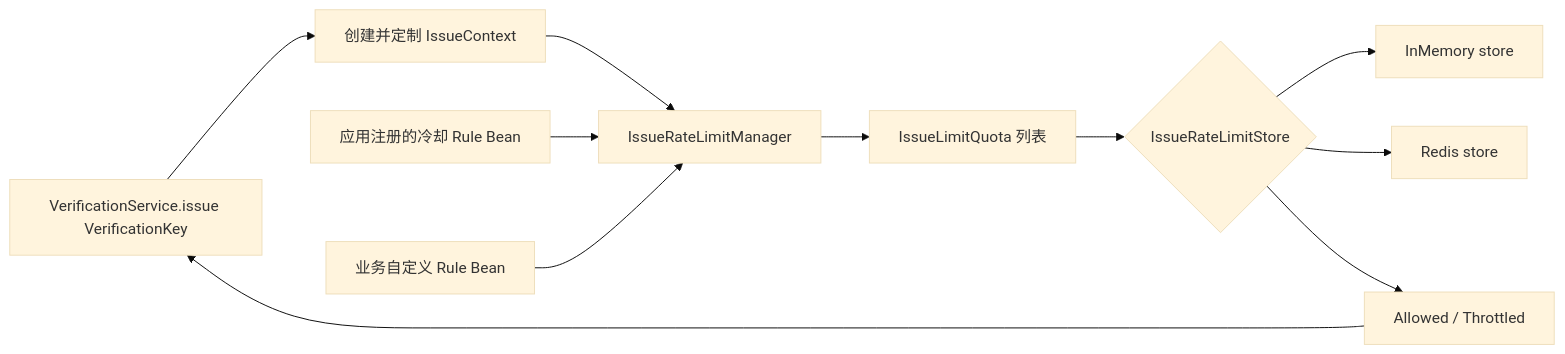
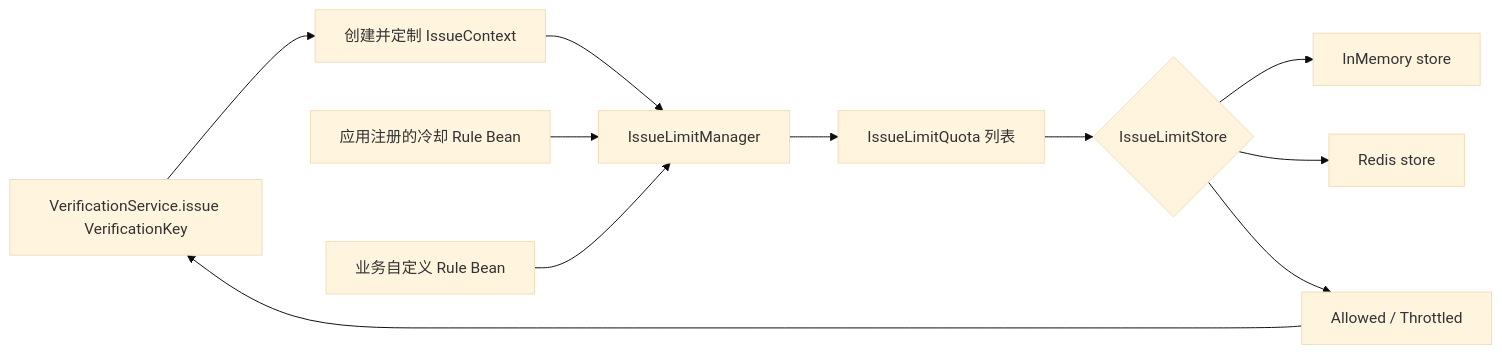
One commit to RingoTangs/ringo-boot changed the first of 2 diagrams in ringo-boot-verification/src/main/java/io/github/ringotangs/ringoboot/verification/limit/README.md. Above: the diagram before and after it, drawn with Mermaid (base theme). The commit also changed other lines of this file and 51 other files, not shown here.

````diff
--- a/ringo-boot-verification/src/main/java/io/github/ringotangs/ringoboot/verification/limit/README.md
+++ b/ringo-boot-verification/src/main/java/io/github/ringotangs/ringoboot/verification/limit/README.md
@@ -10,13 +10,13 @@
 ```mermaid
 flowchart LR
     A[VerificationService.issue VerificationKey] --> B[创建并定制 IssueContext]
-    B --> C[IssueRateLimitManager]
+    B --> C[IssueLimitManager]
     R1[应用注册的冷却 Rule Bean] --> C
     R2[业务自定义 Rule Bean] --> C
     C --> D[IssueLimitQuota 列表]
-    D --> E{IssueRateLimitStore}
+    D --> E{IssueLimitStore}
     E --> F[InMemory store]
     E --> G[Redis store]
     E --> H[Allowed / Throttled]
     H --> A
 ```
````
